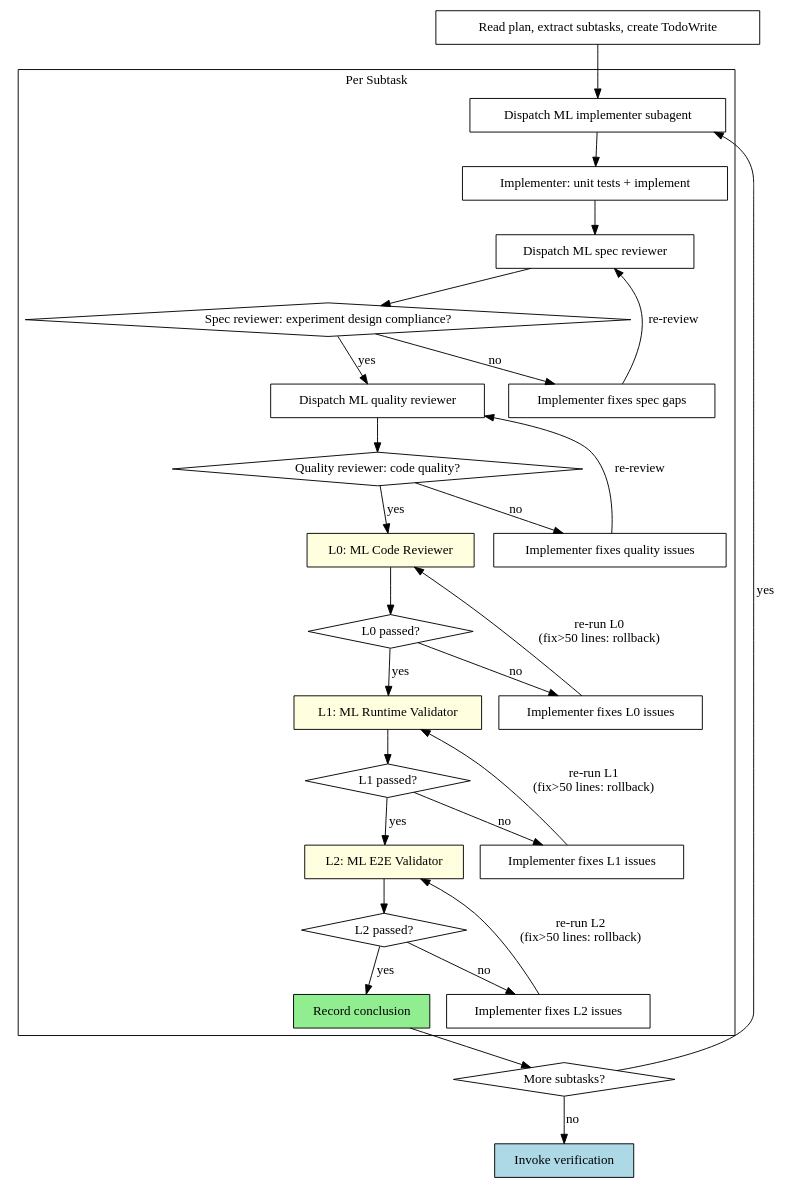
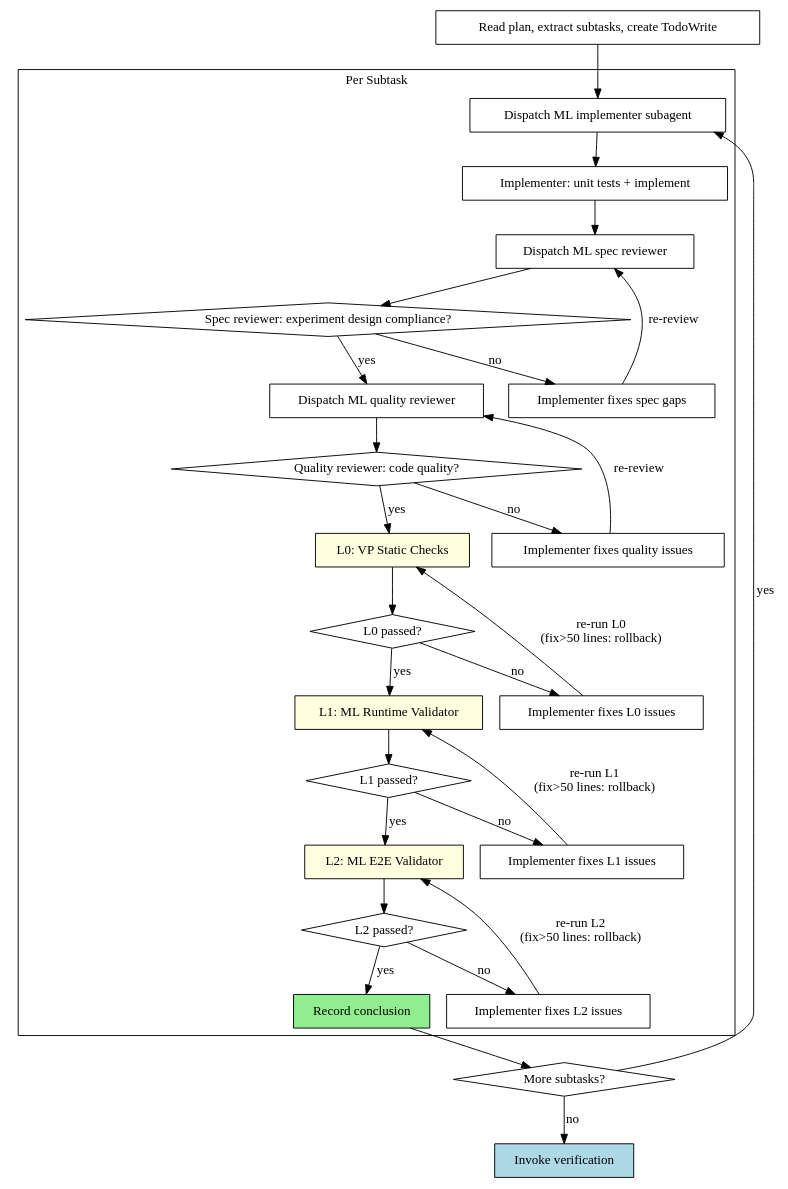
One commit to qqhard/superpowers-ML changed the diagram in skills/subagent-dev/SKILL.md. Above: the diagram before and after it, drawn with Graphviz. The commit also changed other lines of this file and 4 other files, not shown here.

Commit message:
refactor: propagate ml-code-reviewer → vp-static-checks rename across all skills

````diff
--- a/skills/subagent-dev/SKILL.md
+++ b/skills/subagent-dev/SKILL.md
@@ -31,58 +31,58 @@
 ```dot
 digraph process {
     rankdir=TB;
 
     subgraph cluster_per_subtask {
         label="Per Subtask";
         "Dispatch ML implementer subagent" [shape=box];
         "Implementer: unit tests + implement" [shape=box];
         "Dispatch ML spec reviewer" [shape=box];
         "Spec reviewer: experiment design compliance?" [shape=diamond];
         "Implementer fixes spec gaps" [shape=box];
         "Dispatch ML quality reviewer" [shape=box];
         "Quality reviewer: code quality?" [shape=diamond];
         "Implementer fixes quality issues" [shape=box];
-        "L0: ML Code Reviewer" [shape=box style=filled fillcolor=lightyellow];
+        "L0: VP Static Checks" [shape=box style=filled fillcolor=lightyellow];
         "L0 passed?" [shape=diamond];
         "Implementer fixes L0 issues" [shape=box];
         "L1: ML Runtime Validator" [shape=box style=filled fillcolor=lightyellow];
         "L1 passed?" [shape=diamond];
         "Implementer fixes L1 issues" [shape=box];
         "L2: ML E2E Validator" [shape=box style=filled fillcolor=lightyellow];
         "L2 passed?" [shape=diamond];
         "Implementer fixes L2 issues" [shape=box];
         "Record conclusion" [shape=box style=filled fillcolor=lightgreen];
     }
 
     "Read plan, extract subtasks, create TodoWrite" [shape=box];
     "More subtasks?" [shape=diamond];
     "Invoke verification" [shape=box style=filled fillcolor=lightblue];
 
     "Read plan, extract subtasks, create TodoWrite" -> "Dispatch ML implementer subagent";
     "Dispatch ML implementer subagent" -> "Implementer: unit tests + implement";
     "Implementer: unit tests + implement" -> "Dispatch ML spec reviewer";
     "Dispatch ML spec reviewer" -> "Spec reviewer: experiment design compliance?";
     "Spec reviewer: experiment design compliance?" -> "Implementer fixes spec gaps" [label="no"];
     "Implementer fixes spec gaps" -> "Dispatch ML spec reviewer" [label="re-review"];
     "Spec reviewer: experiment design compliance?" -> "Dispatch ML quality reviewer" [label="yes"];
     "Dispatch ML quality reviewer" -> "Quality reviewer: code quality?";
     "Quality reviewer: code quality?" -> "Implementer fixes quality issues" [label="no"];
     "Implementer fixes quality issues" -> "Dispatch ML quality reviewer" [label="re-review"];
-    "Quality reviewer: code quality?" -> "L0: ML Code Reviewer" [label="yes"];
-    "L0: ML Code Reviewer" -> "L0 passed?";
+    "Quality reviewer: code quality?" -> "L0: VP Static Checks" [label="yes"];
+    "L0: VP Static Checks" -> "L0 passed?";
     "L0 passed?" -> "L1: ML Runtime Validator" [label="yes"];
     "L0 passed?" -> "Implementer fixes L0 issues" [label="no"];
-    "Implementer fixes L0 issues" -> "L0: ML Code Reviewer" [label="re-run L0\n(fix>50 lines: rollback)"];
+    "Implementer fixes L0 issues" -> "L0: VP Static Checks" [label="re-run L0\n(fix>50 lines: rollback)"];
     "L1: ML Runtime Validator" -> "L1 passed?";
     "L1 passed?" -> "L2: ML E2E Validator" [label="yes"];
     "L1 passed?" -> "Implementer fixes L1 issues" [label="no"];
     "Implementer fixes L1 issues" -> "L1: ML Runtime Validator" [label="re-run L1\n(fix>50 lines: rollback)"];
     "L2: ML E2E Validator" -> "L2 passed?";
     "L2 passed?" -> "Record conclusion" [label="yes"];
     "L2 passed?" -> "Implementer fixes L2 issues" [label="no"];
     "Implementer fixes L2 issues" -> "L2: ML E2E Validator" [label="re-run L2\n(fix>50 lines: rollback)"];
     "Record conclusion" -> "More subtasks?";
     "More subtasks?" -> "Dispatch ML implementer subagent" [label="yes"];
     "More subtasks?" -> "Invoke verification" [label="no"];
 }
 ```
````
